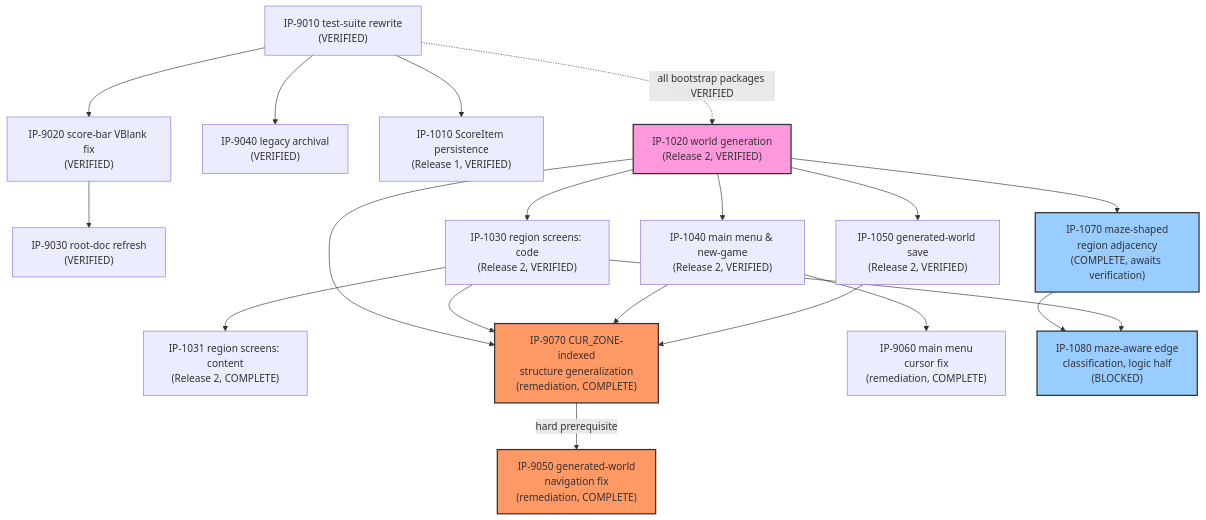
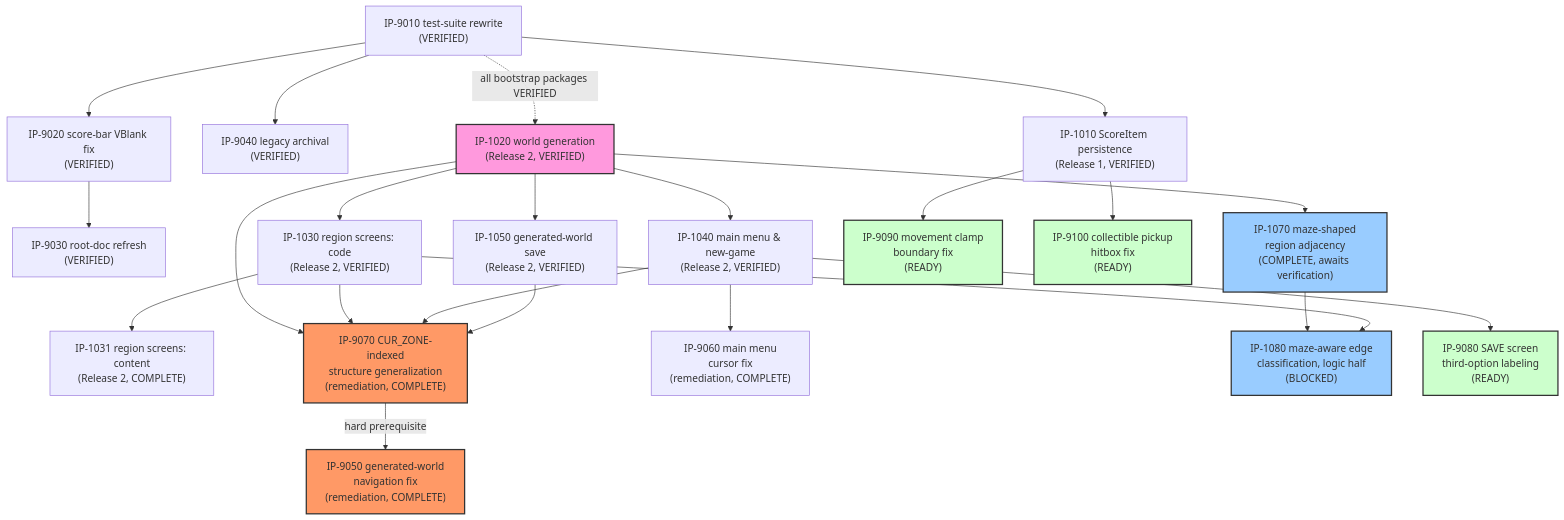
Before and after one commit to Zabin/RsGame: the diagram in docs/implementation/00-master-build-plan.md, drawn with Mermaid. The commit also changed other lines of this file and 6 other files, not shown here.

First line of the commit message:
docs(implementation): IP-9080/9090/9100 -- movement/pickup/UI bug tranche

````diff
--- a/docs/implementation/00-master-build-plan.md
+++ b/docs/implementation/00-master-build-plan.md
@@ -101,47 +133,58 @@
 ```mermaid
 graph TD
     IP9010["IP-9010 test-suite rewrite<br/>(VERIFIED)"]
     IP9020["IP-9020 score-bar VBlank fix<br/>(VERIFIED)"]
     IP9030["IP-9030 root-doc refresh<br/>(VERIFIED)"]
     IP9040["IP-9040 legacy archival<br/>(VERIFIED)"]
     IP1010["IP-1010 ScoreItem persistence<br/>(Release 1, VERIFIED)"]
     IP9010 --> IP9020
     IP9010 --> IP9040
     IP9010 --> IP1010
     IP9020 --> IP9030
 
     IP1020["IP-1020 world generation<br/>(Release 2, VERIFIED)"]
     IP1030["IP-1030 region screens: code<br/>(Release 2, VERIFIED)"]
     IP1031["IP-1031 region screens: content<br/>(Release 2, COMPLETE)"]
     IP1040["IP-1040 main menu & new-game<br/>(Release 2, VERIFIED)"]
     IP1050["IP-1050 generated-world save<br/>(Release 2, VERIFIED)"]
     IP9010 -.all bootstrap packages VERIFIED.-> IP1020
     IP1020 --> IP1030
     IP1030 --> IP1031
     IP1020 --> IP1040
     IP1020 --> IP1050
 
     style IP1020 fill:#f9d,stroke:#333,stroke-width:2px
 
     IP9070["IP-9070 CUR_ZONE-indexed<br/>structure generalization<br/>(remediation, COMPLETE)"]
     IP9050["IP-9050 generated-world<br/>navigation fix<br/>(remediation, COMPLETE)"]
     IP9060["IP-9060 main menu<br/>cursor fix<br/>(remediation, COMPLETE)"]
     IP1020 --> IP9070
     IP1030 --> IP9070
     IP1040 --> IP9070
     IP1050 --> IP9070
     IP9070 -->|hard prerequisite| IP9050
     IP1040 --> IP9060
 
     style IP9070 fill:#f96,stroke:#333,stroke-width:2px
     style IP9050 fill:#f96,stroke:#333,stroke-width:2px
 
     IP1070["IP-1070 maze-shaped<br/>region adjacency<br/>(COMPLETE, awaits verification)"]
     IP1080["IP-1080 maze-aware edge<br/>classification, logic half<br/>(BLOCKED)"]
     IP1020 --> IP1070
     IP1070 --> IP1080
     IP1030 --> IP1080
 
     style IP1070 fill:#9cf,stroke:#333,stroke-width:2px
     style IP1080 fill:#9cf,stroke:#333,stroke-width:2px
+
+    IP9090["IP-9090 movement clamp<br/>boundary fix<br/>(READY)"]
+    IP9100["IP-9100 collectible pickup<br/>hitbox fix<br/>(READY)"]
+    IP9080["IP-9080 SAVE screen<br/>third-option labeling<br/>(READY)"]
+    IP1010 --> IP9090
+    IP1010 --> IP9100
+    IP1040 --> IP9080
+
+    style IP9090 fill:#cfc,stroke:#333,stroke-width:2px
+    style IP9100 fill:#cfc,stroke:#333,stroke-width:2px
+    style IP9080 fill:#cfc,stroke:#333,stroke-width:2px
 ```
````
